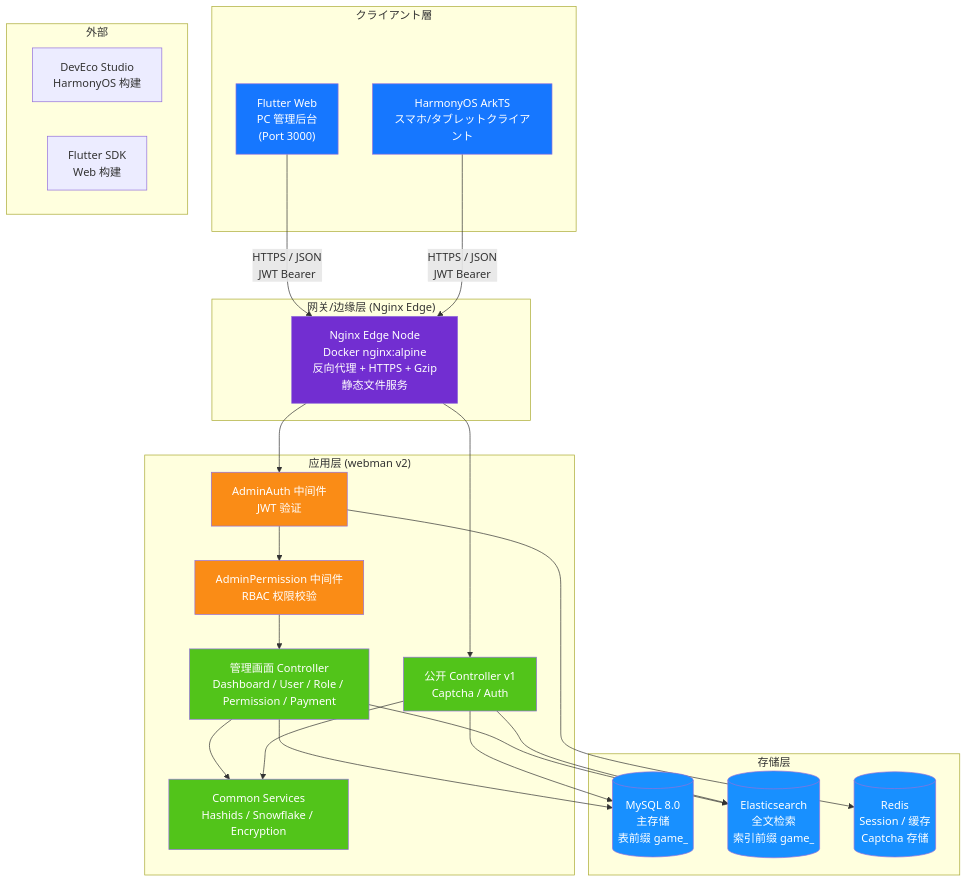
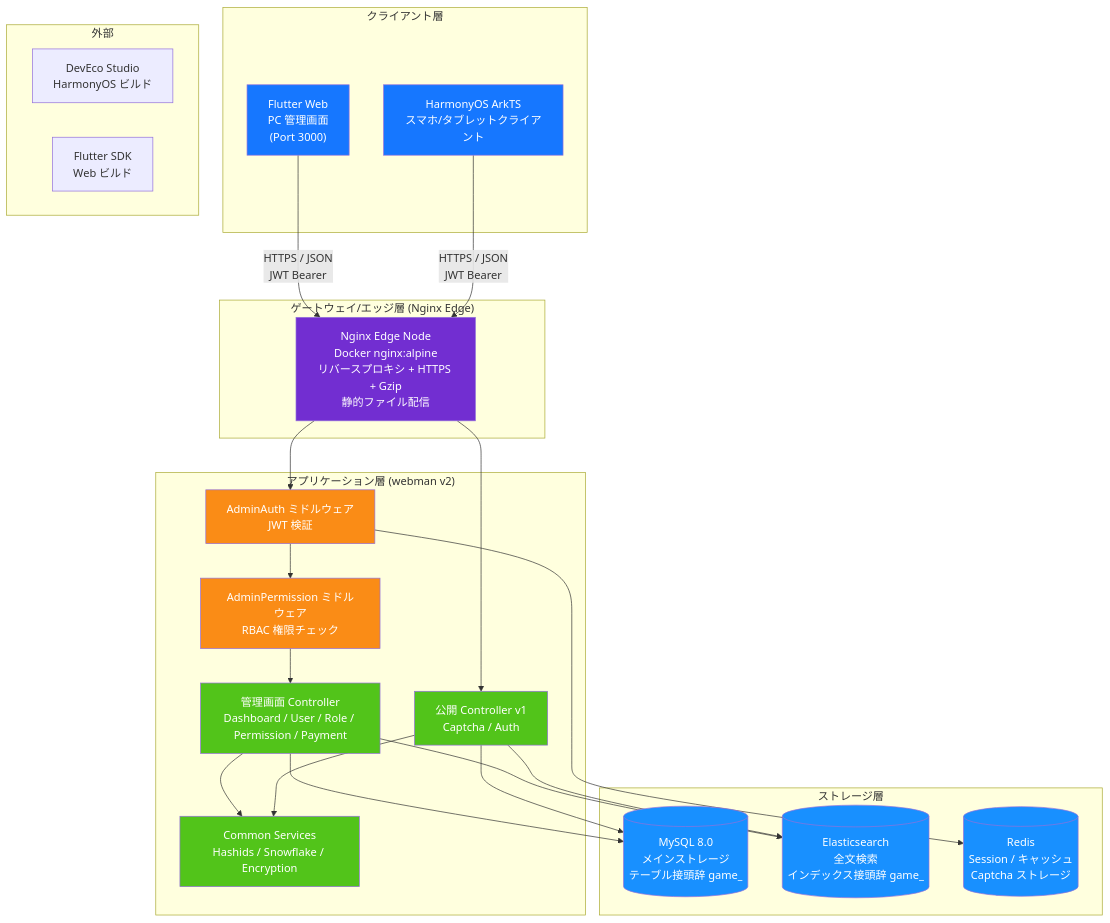
Before and after one commit to erikwang2013/game-platform-php: the first of 14 diagrams in admin/docs/ARCHITECTURE.ja.md, drawn with Mermaid. The commit also changed other lines of this file and 211 other files, not shown here.

First line of the commit message:
fix: 支付配置读回类型根治、提现事件对账巡检，12 语族 mermaid 与 API 标签本地化

````diff
--- a/admin/docs/ARCHITECTURE.ja.md
+++ b/admin/docs/ARCHITECTURE.ja.md
@@ -15,56 +15,56 @@
 ```mermaid
 flowchart TB
     subgraph "クライアント層"
-        A1["Flutter Web<br/>PC 管理后台<br/>(Port 3000)"]
+        A1["Flutter Web<br/>PC 管理画面<br/>(Port 3000)"]
         A2["HarmonyOS ArkTS<br/>スマホ/タブレットクライアント"]
     end
 
-    subgraph "网关/边缘层 (Nginx Edge)"
-        B1["Nginx Edge Node<br/>Docker nginx:alpine<br/>反向代理 + HTTPS + Gzip<br/>静态文件服务"]
+    subgraph "ゲートウェイ/エッジ層 (Nginx Edge)"
+        B1["Nginx Edge Node<br/>Docker nginx:alpine<br/>リバースプロキシ + HTTPS + Gzip<br/>静的ファイル配信"]
     end
 
-    subgraph "应用层 (webman v2)"
-        C1["AdminAuth 中间件<br/>JWT 验证"]
-        C2["AdminPermission 中间件<br/>RBAC 权限校验"]
+    subgraph "アプリケーション層 (webman v2)"
+        C1["AdminAuth ミドルウェア<br/>JWT 検証"]
+        C2["AdminPermission ミドルウェア<br/>RBAC 権限チェック"]
         C3["管理画面 Controller<br/>Dashboard / User / Role / Permission / Payment"]
-        C4["公开 Controller v1<br/>Captcha / Auth"]
+        C4["公開 Controller v1<br/>Captcha / Auth"]
         C5["Common Services<br/>Hashids / Snowflake / Encryption"]
     end
 
-    subgraph "存储层"
-        D1[("MySQL 8.0<br/>主存储<br/>表前缀 game_")]
-        D2[("Elasticsearch<br/>全文检索<br/>索引前缀 game_")]
-        D3[("Redis<br/>Session / 缓存<br/>Captcha 存储")]
+    subgraph "ストレージ層"
+        D1[("MySQL 8.0<br/>メインストレージ<br/>テーブル接頭辞 game_")]
+        D2[("Elasticsearch<br/>全文検索<br/>インデックス接頭辞 game_")]
+        D3[("Redis<br/>Session / キャッシュ<br/>Captcha ストレージ")]
     end
 
     subgraph "外部"
-        E1["DevEco Studio<br/>HarmonyOS 构建"]
-        E2["Flutter SDK<br/>Web 构建"]
+        E1["DevEco Studio<br/>HarmonyOS ビルド"]
+        E2["Flutter SDK<br/>Web ビルド"]
     end
 
     A1 -->|"HTTPS / JSON<br/>JWT Bearer"| B1
     A2 -->|"HTTPS / JSON<br/>JWT Bearer"| B1
     B1 --> C1
     C1 --> C2
     C2 --> C3
     B1 --> C4
     C3 --> C5
     C4 --> C5
     C3 --> D1
     C4 --> D1
     C3 --> D2
     C4 --> D2
     C1 --> D3
 
     style A1 fill:#1677FF,color:#fff
     style A2 fill:#1677FF,color:#fff
     style B1 fill:#722ED1,color:#fff
     style C1 fill:#FA8C16,color:#fff
     style C2 fill:#FA8C16,color:#fff
     style C3 fill:#52C41A,color:#fff
     style C4 fill:#52C41A,color:#fff
     style C5 fill:#52C41A,color:#fff
     style D1 fill:#1890FF,color:#fff
     style D2 fill:#1890FF,color:#fff
     style D3 fill:#1890FF,color:#fff
 ```
````
